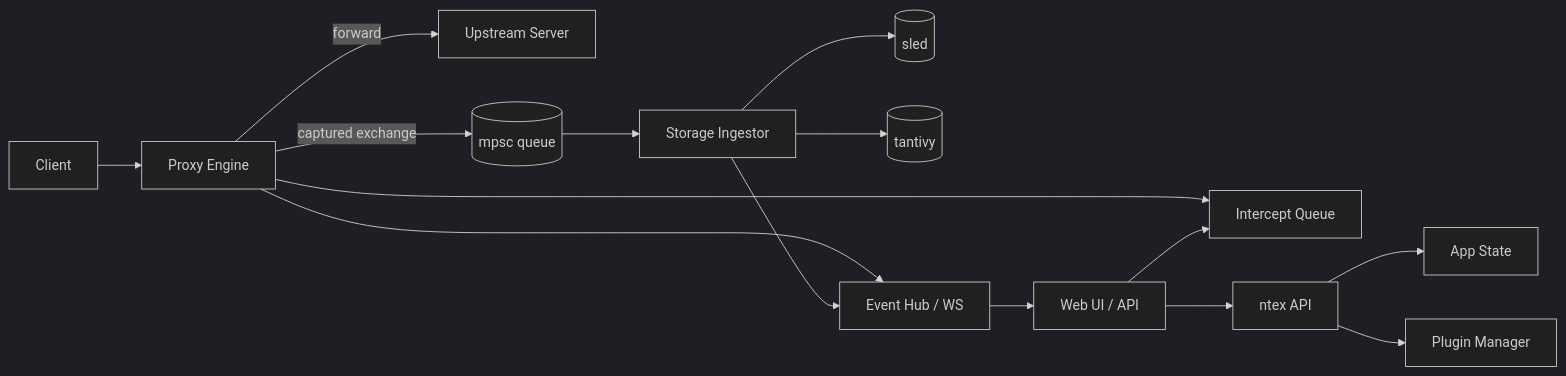
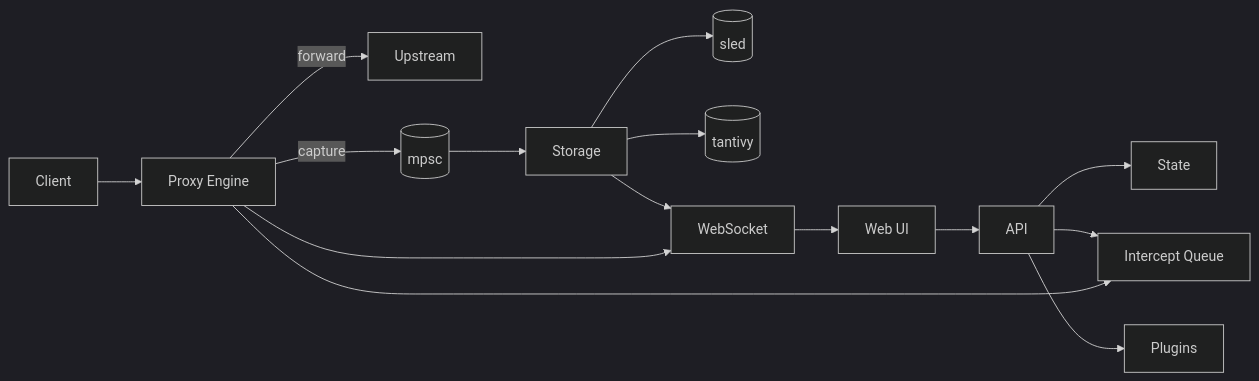
One commit to SpaceMoehre/roxy changed the diagram in README.md. Above: the diagram before and after it, drawn with Mermaid (dark theme). The commit also changed other lines of this file and 1 other file, not shown here.

````diff
--- a/README.md
+++ b/README.md
@@ -46,17 +68,17 @@
 ```mermaid
 flowchart LR
     C[Client] --> P[Proxy Engine]
-    P -->|forward| U[Upstream Server]
-    P -->|captured exchange| Q[(mpsc queue)]
-    Q --> S[Storage Ingestor]
+    P -->|forward| U[Upstream]
+    P -->|capture| Q[(mpsc)]
+    Q --> S[Storage]
     S --> SD[(sled)]
     S --> T[(tantivy)]
     P --> I[Intercept Queue]
-    UI[Web UI / API] --> I
-    UI --> A[ntex API]
-    A --> ST[App State]
-    A --> PL[Plugin Manager]
-    E[Event Hub / WS] --> UI
-    P --> E
-    S --> E
+    UI[Web UI] --> A[API]
+    A --> I
+    A --> ST[State]
+    A --> PL[Plugins]
+    WS[WebSocket] --> UI
+    P --> WS
+    S --> WS
 ```
````
